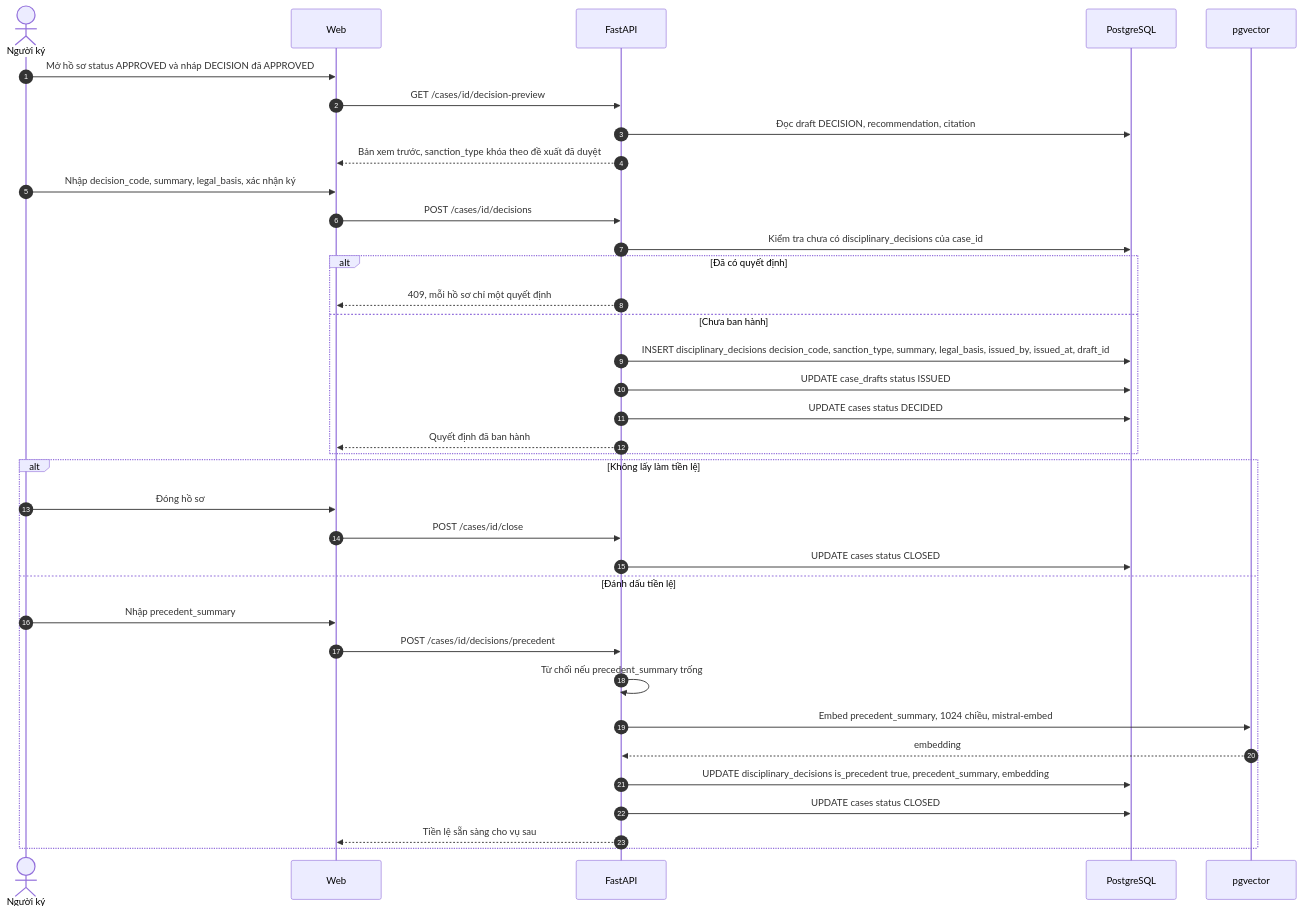
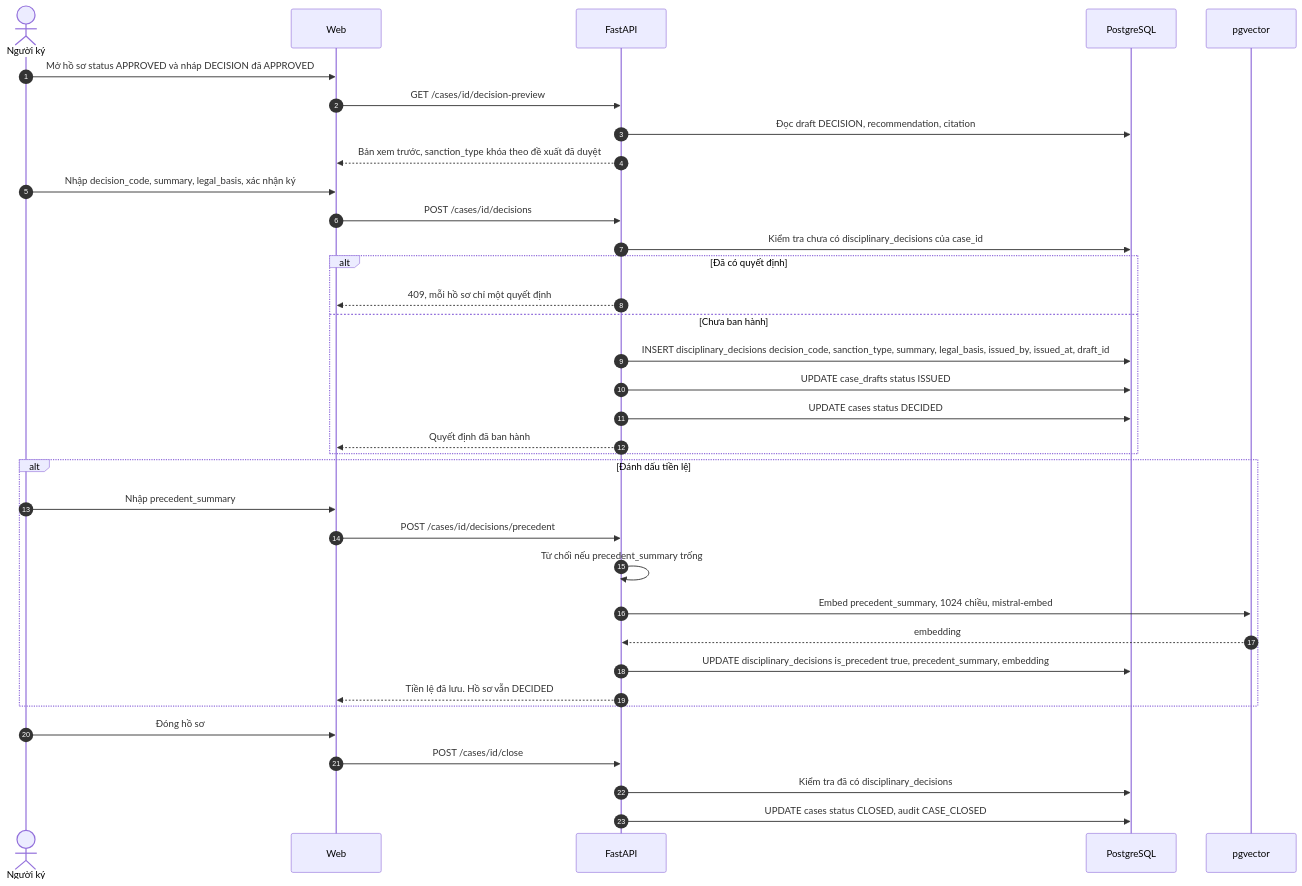
One commit to Tuan-Nguyen-Minhh/HRHelp changed diagram 11 of 15 in docs/features/features.md. Above: the diagram before and after it, drawn with Mermaid. The commit also changed other lines of this file and 210 other files, not shown here.

Commit message:
feat(schema): Add new models for message handling and recidivism tracking

````diff
--- a/docs/features/features.md
+++ b/docs/features/features.md
@@ -653,39 +666,38 @@
 ```mermaid
 sequenceDiagram
     autonumber
     actor SG as Người ký
     participant UI as Web
     participant API as FastAPI
     participant DB as PostgreSQL
     participant VS as pgvector
 
     SG->>UI: Mở hồ sơ status APPROVED và nháp DECISION đã APPROVED
     UI->>API: GET /cases/id/decision-preview
     API->>DB: Đọc draft DECISION, recommendation, citation
     API-->>UI: Bản xem trước, sanction_type khóa theo đề xuất đã duyệt
     SG->>UI: Nhập decision_code, summary, legal_basis, xác nhận ký
     UI->>API: POST /cases/id/decisions
     API->>DB: Kiểm tra chưa có disciplinary_decisions của case_id
     alt Đã có quyết định
         API-->>UI: 409, mỗi hồ sơ chỉ một quyết định
     else Chưa ban hành
         API->>DB: INSERT disciplinary_decisions decision_code, sanction_type, summary, legal_basis, issued_by, issued_at, draft_id
         API->>DB: UPDATE case_drafts status ISSUED
         API->>DB: UPDATE cases status DECIDED
         API-->>UI: Quyết định đã ban hành
     end
-    alt Không lấy làm tiền lệ
-        SG->>UI: Đóng hồ sơ
-        UI->>API: POST /cases/id/close
-        API->>DB: UPDATE cases status CLOSED
-    else Đánh dấu tiền lệ
+    alt Đánh dấu tiền lệ
         SG->>UI: Nhập precedent_summary
         UI->>API: POST /cases/id/decisions/precedent
         API->>API: Từ chối nếu precedent_summary trống
         API->>VS: Embed precedent_summary, 1024 chiều, mistral-embed
         VS-->>API: embedding
         API->>DB: UPDATE disciplinary_decisions is_precedent true, precedent_summary, embedding
-        API->>DB: UPDATE cases status CLOSED
-        API-->>UI: Tiền lệ sẵn sàng cho vụ sau
+        API-->>UI: Tiền lệ đã lưu. Hồ sơ vẫn DECIDED
     end
+    SG->>UI: Đóng hồ sơ
+    UI->>API: POST /cases/id/close
+    API->>DB: Kiểm tra đã có disciplinary_decisions
+    API->>DB: UPDATE cases status CLOSED, audit CASE_CLOSED
 ```
````
